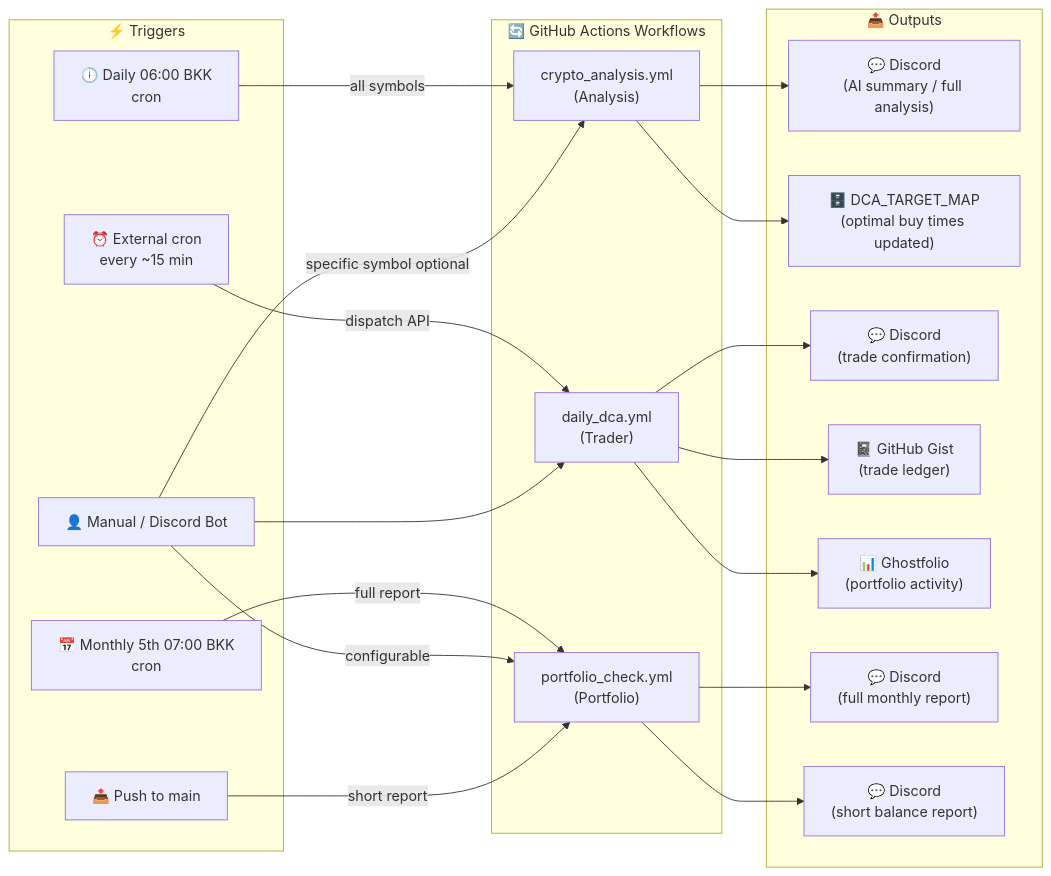
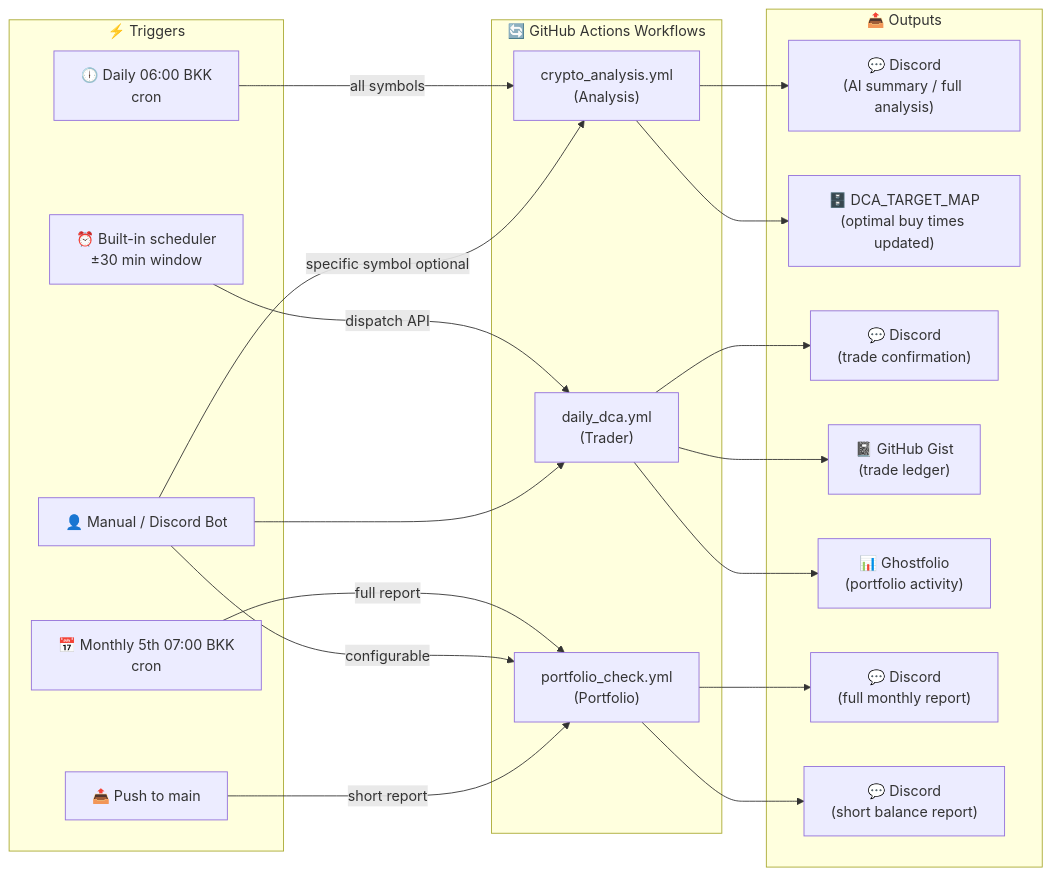
One commit to AGuismo/DCA-Analysis-Bot changed the first of 4 diagrams in README.md. Above: the diagram before and after it, drawn with Mermaid. The commit also changed other lines of this file and 2 other files, not shown here.

Commit message:
feat: Implement built-in DCA scheduler to replace external cron service with ±30 min dispatch window

````diff
--- a/README.md
+++ b/README.md
@@ -25,43 +25,43 @@
 ```mermaid
 flowchart LR
     subgraph TRIGGERS["⚡ Triggers"]
         T1["🕕 Daily 06:00 BKK\ncron"]
         T2["📅 Monthly 5th 07:00 BKK\ncron"]
         T3["📤 Push to main"]
-        T4["⏰ External cron\nevery ~15 min"]
+        T4["⏰ Built-in scheduler\n±30 min window"]
         T5["👤 Manual / Discord Bot"]
     end
 
     subgraph WORKFLOWS["🔄 GitHub Actions Workflows"]
         W1["crypto_analysis.yml\n(Analysis)"]
         W2["daily_dca.yml\n(Trader)"]
         W3["portfolio_check.yml\n(Portfolio)"]
     end
 
     subgraph OUTPUTS["📤 Outputs"]
         O1["💬 Discord\n(AI summary / full analysis)"]
         O2["🗄️ DCA_TARGET_MAP\n(optimal buy times updated)"]
         O3["💬 Discord\n(trade confirmation)"]
         O4["📓 GitHub Gist\n(trade ledger)"]
         O5["📊 Ghostfolio\n(portfolio activity)"]
         O6["💬 Discord\n(full monthly report)"]
         O7["💬 Discord\n(short balance report)"]
     end
 
     T1 -->|"all symbols"| W1
     T5 -->|"specific symbol optional"| W1
     W1 --> O1
     W1 --> O2
 
     T4 -->|"dispatch API"| W2
     T5 --> W2
     W2 --> O3
     W2 --> O4
     W2 --> O5
 
     T2 -->|"full report"| W3
     T5 -->|"configurable"| W3
     T3 -->|"short report"| W3
     W3 --> O6
     W3 --> O7
 ```
````
